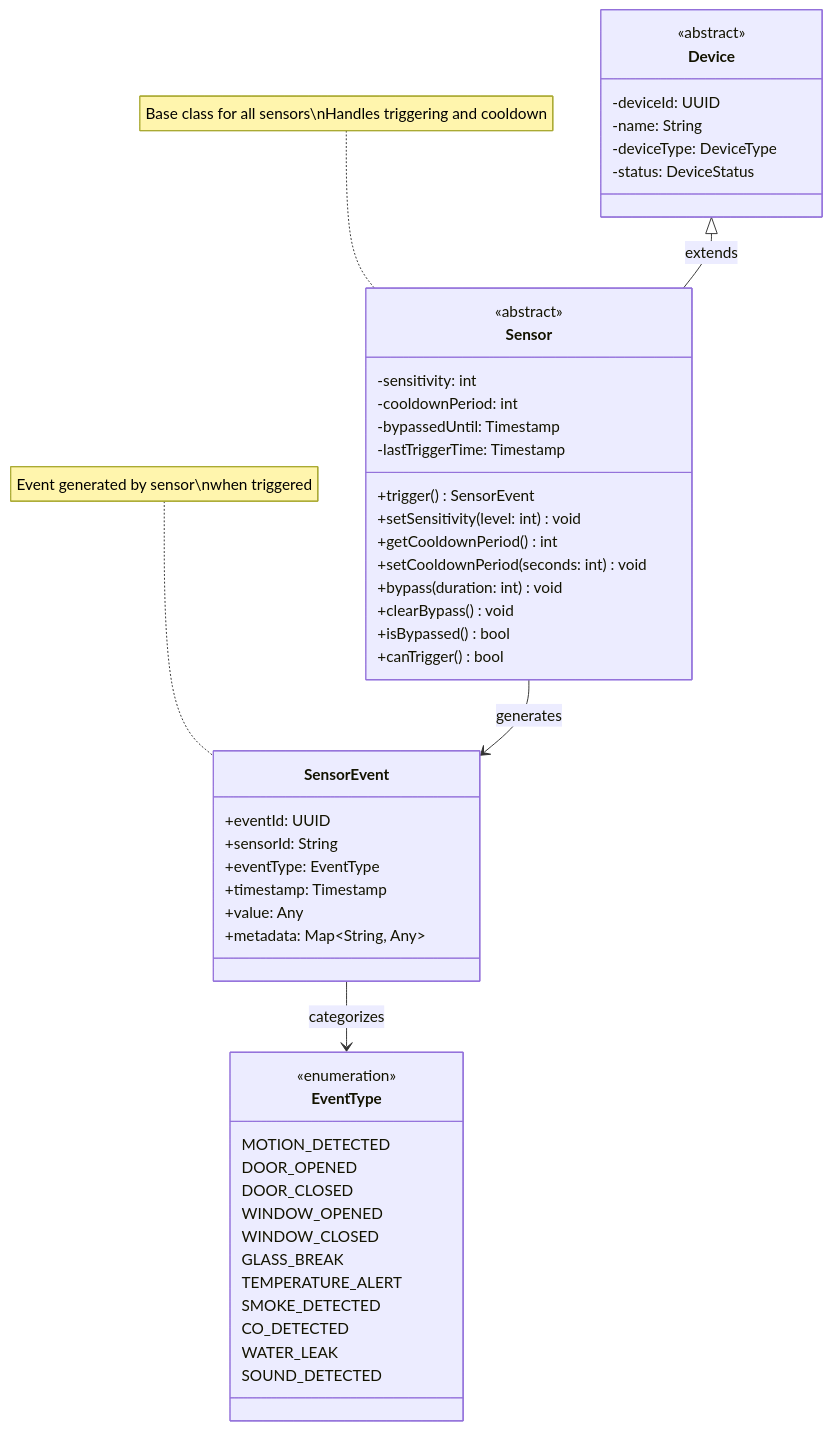
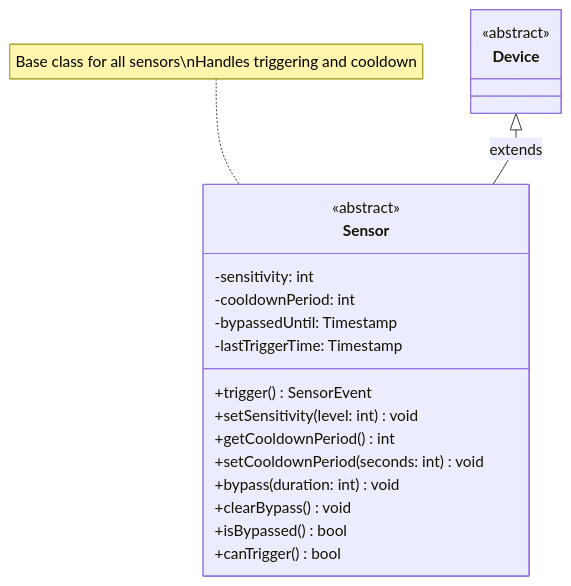
One commit to mj010101/swe_25f changed the fourth of 14 diagrams in diagrams/data_layer_class_diagram.md. Above: the diagram before and after it, drawn with Mermaid. The commit also changed other lines of this file and 4 other files, not shown here.

````diff
--- a/diagrams/data_layer_class_diagram.md
+++ b/diagrams/data_layer_class_diagram.md
@@ -222,59 +151,28 @@
 ```mermaid
 classDiagram
     direction TB
 
     class Sensor {
         <<abstract>>
         -sensitivity: int
         -cooldownPeriod: int
         -bypassedUntil: Timestamp
         -lastTriggerTime: Timestamp
         +trigger() SensorEvent
         +setSensitivity(level: int) void
         +getCooldownPeriod() int
         +setCooldownPeriod(seconds: int) void
         +bypass(duration: int) void
         +clearBypass() void
         +isBypassed() bool
         +canTrigger() bool
     }
 
     class Device {
         <<abstract>>
-        -deviceId: UUID
-        -name: String
-        -deviceType: DeviceType
-        -status: DeviceStatus
-    }
-
-    class SensorEvent {
-        +eventId: UUID
-        +sensorId: String
-        +eventType: EventType
-        +timestamp: Timestamp
-        +value: Any
-        +metadata: Map~String, Any~
-    }
-
-    class EventType {
-        <<enumeration>>
-        MOTION_DETECTED
-        DOOR_OPENED
-        DOOR_CLOSED
-        WINDOW_OPENED
-        WINDOW_CLOSED
-        GLASS_BREAK
-        TEMPERATURE_ALERT
-        SMOKE_DETECTED
-        CO_DETECTED
-        WATER_LEAK
-        SOUND_DETECTED
     }
 
     Device <|-- Sensor : extends
-    Sensor --> SensorEvent : generates
-    SensorEvent --> EventType : categorizes
 
     note for Sensor "Base class for all sensors\nHandles triggering and cooldown"
-    note for SensorEvent "Event generated by sensor\nwhen triggered"
 ```
````
